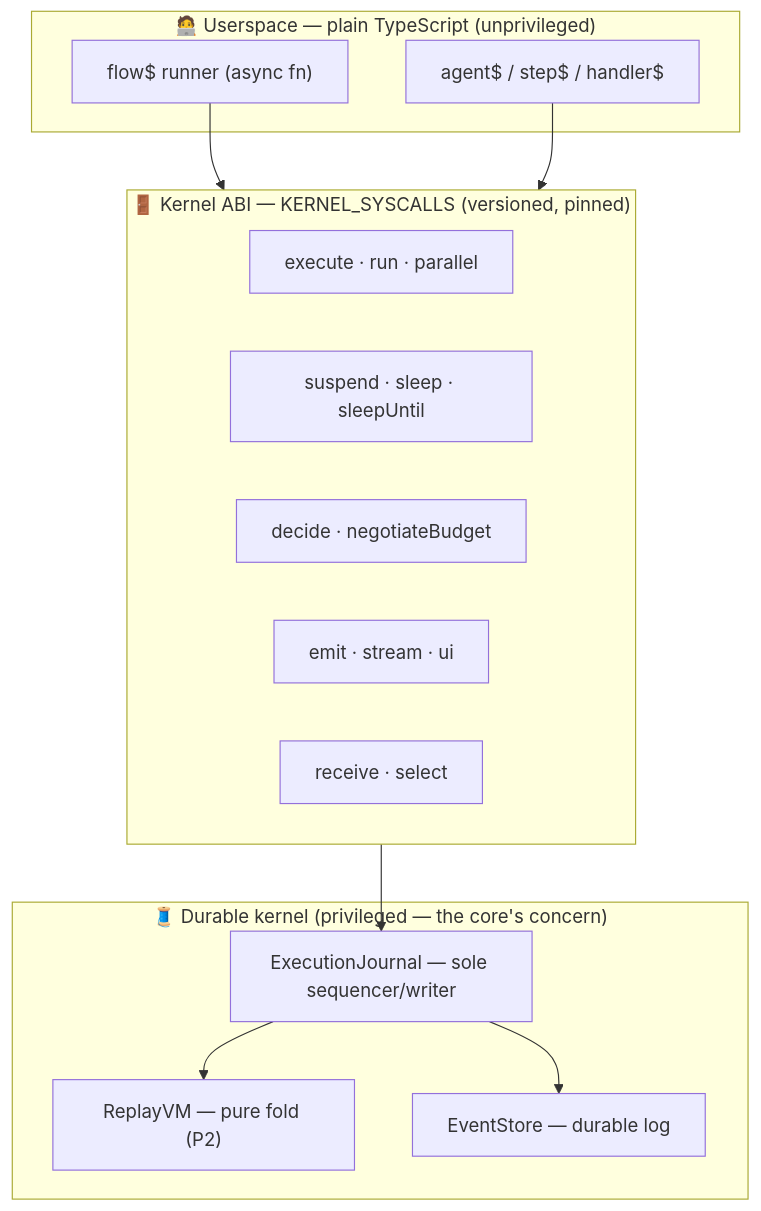
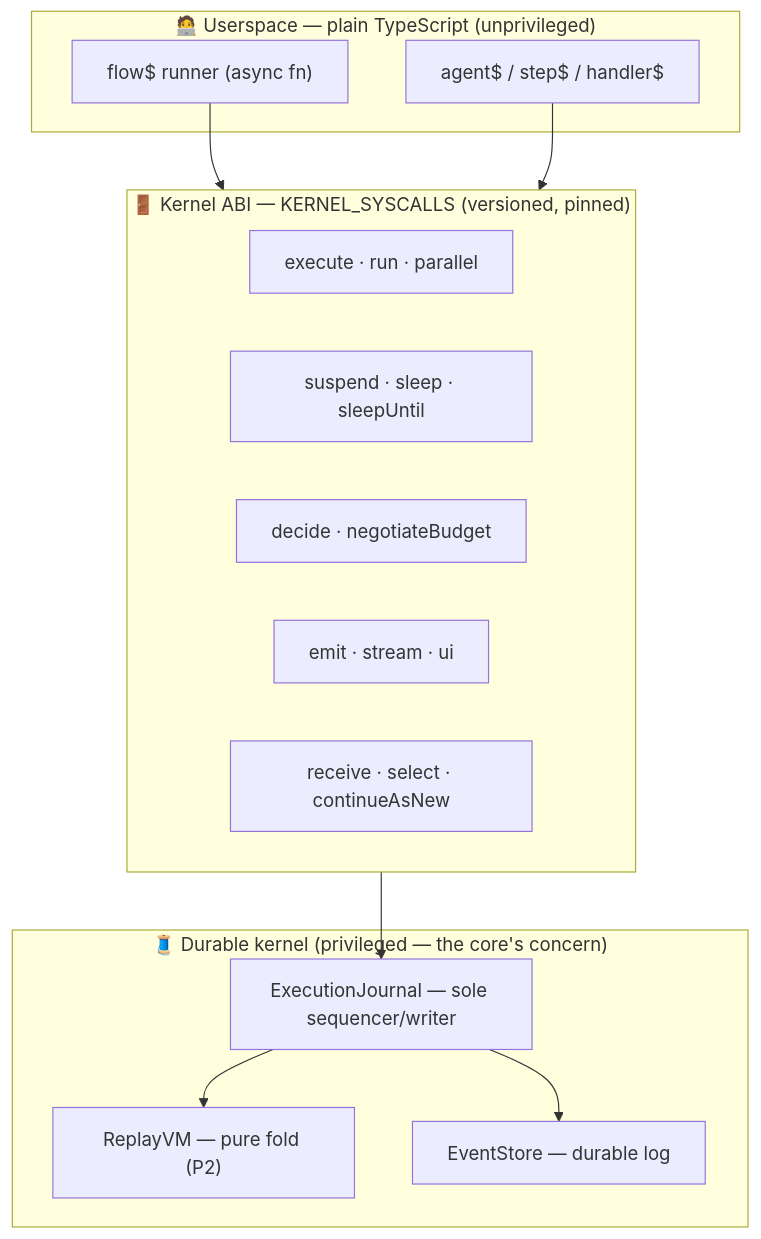
One commit to chhetrisushil/loom changed the first of 8 diagrams in docs/loom-2.0/04-kernel-hardening.md. Above: the diagram before and after it, drawn with Mermaid. The commit also changed other lines of this file and 15 other files, not shown here.

````diff
--- a/docs/loom-2.0/04-kernel-hardening.md
+++ b/docs/loom-2.0/04-kernel-hardening.md
@@ -94,27 +95,27 @@
 ```mermaid
 flowchart TB
   subgraph User["🧑‍💻 Userspace — plain TypeScript (unprivileged)"]
     F["flow$ runner (async fn)"]
     A["agent$ / step$ / handler$"]
   end
 
   subgraph ABI["🚪 Kernel ABI — KERNEL_SYSCALLS (versioned, pinned)"]
     S1["execute · run · parallel"]
     S2["suspend · sleep · sleepUntil"]
     S3["decide · negotiateBudget"]
     S4["emit · stream · ui"]
-    S5["receive · select"]
+    S5["receive · select · continueAsNew"]
   end
 
   subgraph Kernel["🧵 Durable kernel (privileged — the core's concern)"]
     J["ExecutionJournal — sole sequencer/writer"]
     VM["ReplayVM — pure fold (P2)"]
     ES["EventStore — durable log"]
   end
 
   F --> ABI
   A --> ABI
   ABI --> J
   J --> VM
   J --> ES
 ```
````
